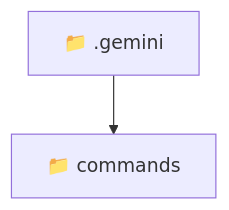
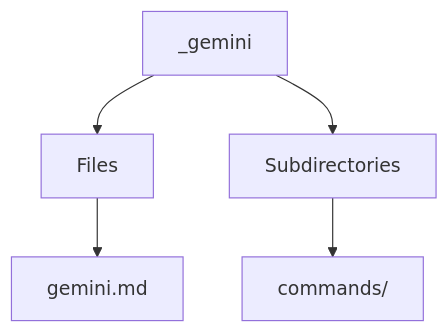
The diagram in .gemini/README.md (beginwebdev2002/fullstack-mavluda), drawn with Mermaid before and after one commit. The commit also changed other lines of this file and 167 other files, not shown here.

````diff
--- a/.gemini/README.md
+++ b/.gemini/README.md
@@ -9,5 +12,7 @@
 ```mermaid
 graph TD
-  Root["📁 .gemini"]
-  Root --> commands["📁 commands"]
+  _gemini --> Files
+  Files --> gemini_md[gemini.md]
+  _gemini --> Subdirectories
+  Subdirectories --> commands[commands/]
 ```
````
